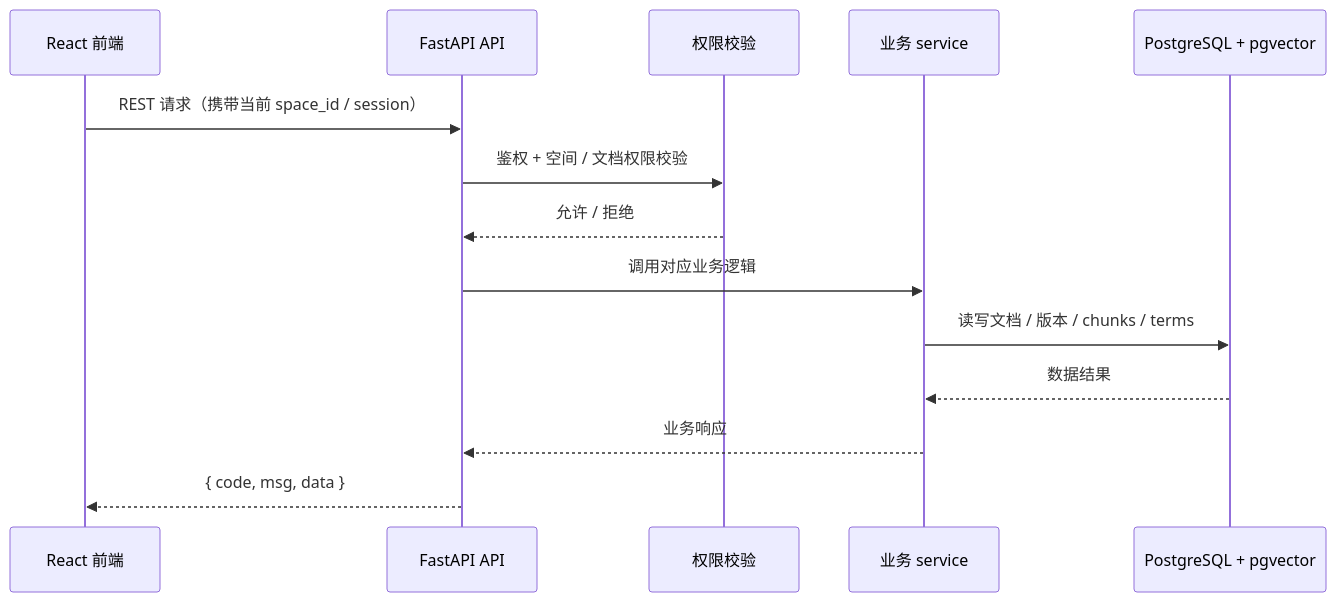
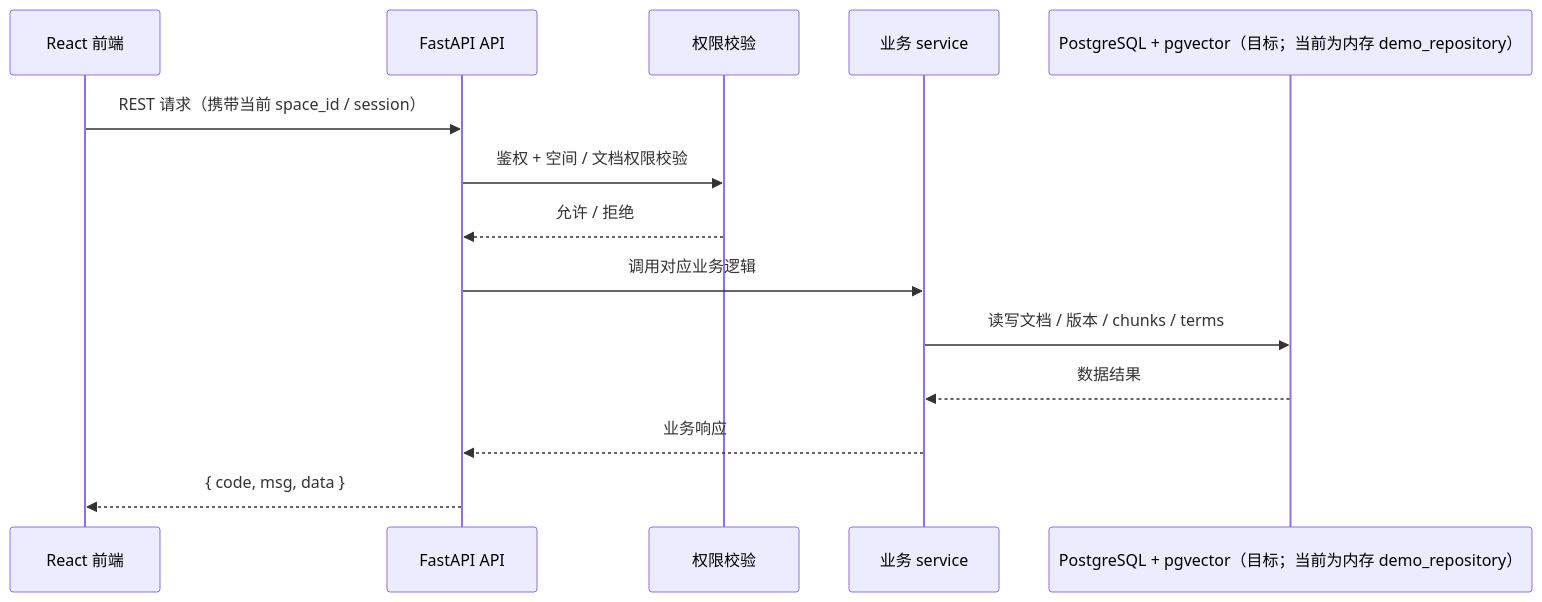
Before and after one commit to emily8421/LUMEN-DEMO: the diagram in docs/07-api-spec.md, drawn with Mermaid. The commit also changed other lines of this file and 4 other files, not shown here.

````diff
--- a/docs/07-api-spec.md
+++ b/docs/07-api-spec.md
@@ -81,16 +83,16 @@
 ```mermaid
 sequenceDiagram
   participant UI as React 前端
   participant API as FastAPI API
   participant Auth as 权限校验
   participant Service as 业务 service
-  participant DB as PostgreSQL + pgvector
+  participant DB as PostgreSQL + pgvector（目标；当前为内存 demo_repository）
   UI->>API: REST 请求（携带当前 space_id / session）
   API->>Auth: 鉴权 + 空间 / 文档权限校验
   Auth-->>API: 允许 / 拒绝
   API->>Service: 调用对应业务逻辑
   Service->>DB: 读写文档 / 版本 / chunks / terms
   DB-->>Service: 数据结果
   Service-->>API: 业务响应
   API-->>UI: { code, msg, data }
 ```
````
